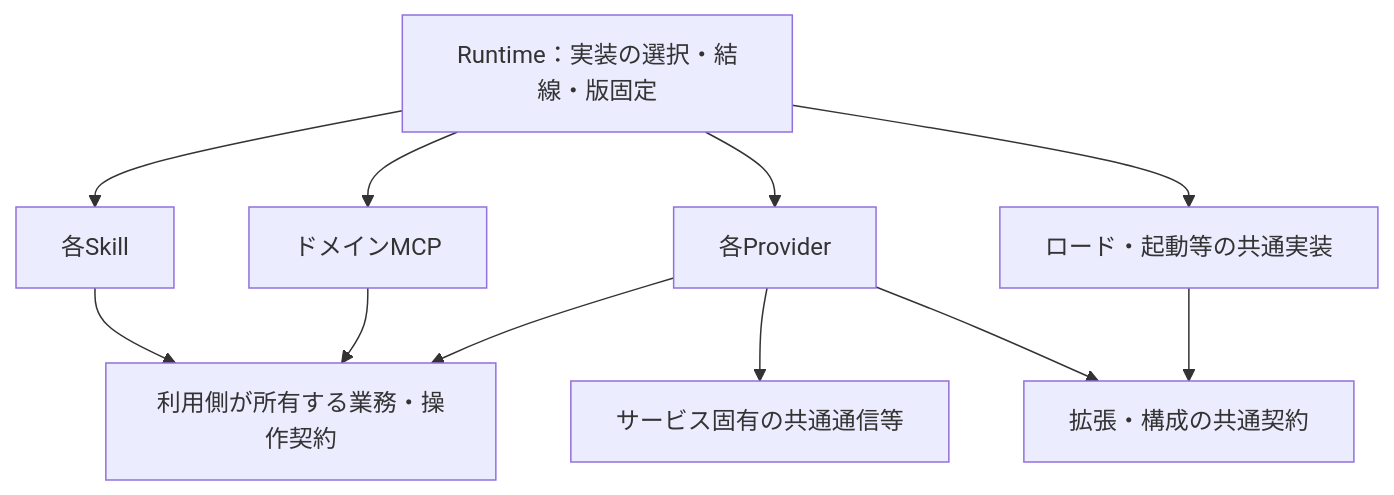
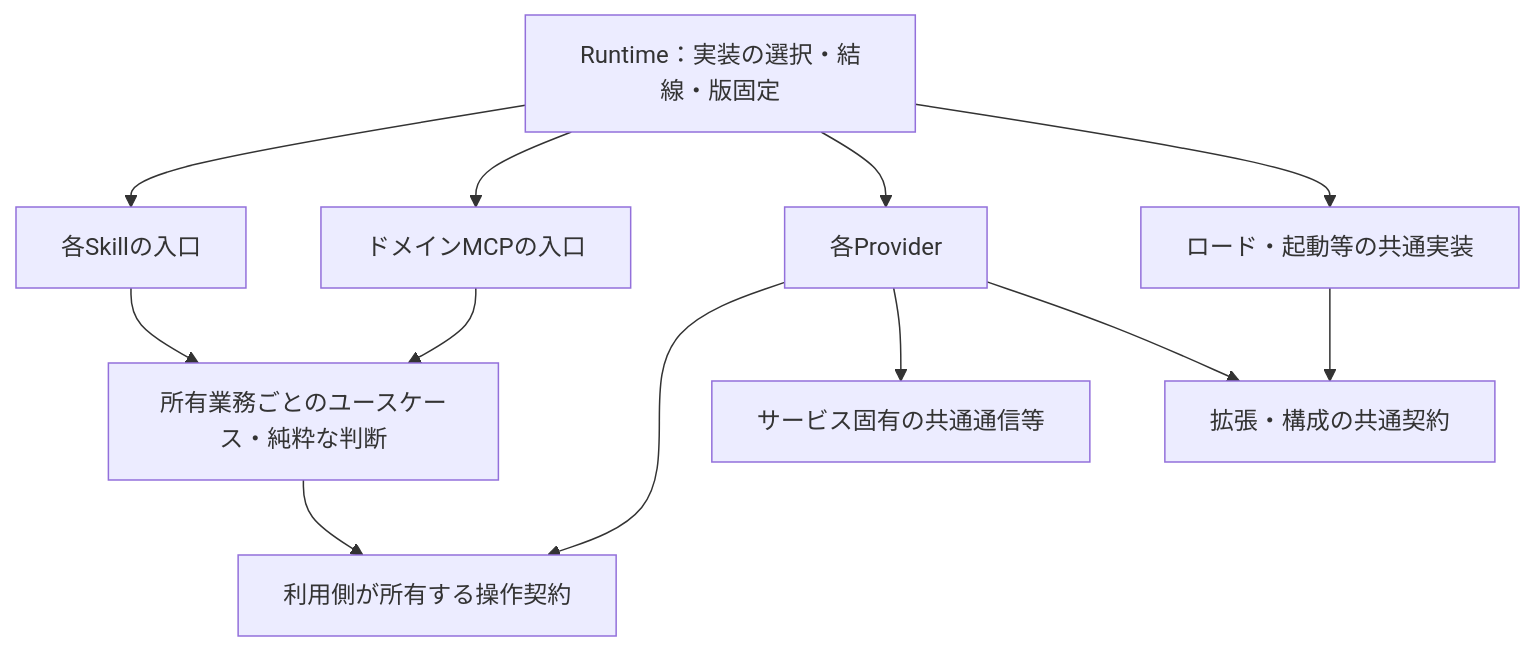
The third of 4 diagrams in docs/reviews/v2-migration-plan-review-ja.md (flair-agency/live-agency), drawn with Mermaid before and after one commit. The commit also changed other lines of this file and 76 other files, not shown here.

````diff
--- a/docs/reviews/v2-migration-plan-review-ja.md
+++ b/docs/reviews/v2-migration-plan-review-ja.md
@@ -37,13 +161,14 @@
 ```mermaid
 flowchart TB
-  R[Runtime：実装の選択・結線・版固定] --> S[各Skill]
-  R --> M[ドメインMCP]
+  R[Runtime：実装の選択・結線・版固定] --> S[各Skillの入口]
+  R --> M[ドメインMCPの入口]
   R --> P[各Provider]
   R --> H[ロード・起動等の共通実装]
-  S --> C[利用側が所有する業務・操作契約]
-  M --> C
+  S --> U[所有業務ごとのユースケース・純粋な判断]
+  M --> U
+  U --> C[利用側が所有する操作契約]
   P --> C
   P --> I[サービス固有の共通通信等]
   H --> K[拡張・構成の共通契約]
   P --> K
 ```
````
